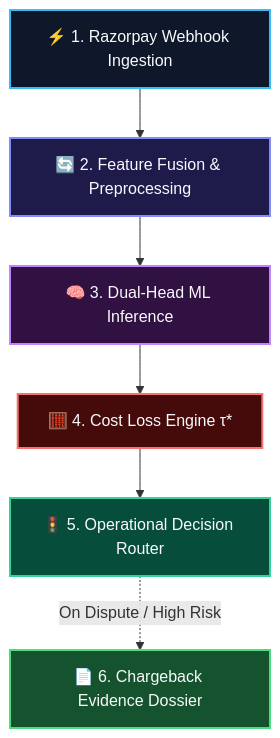
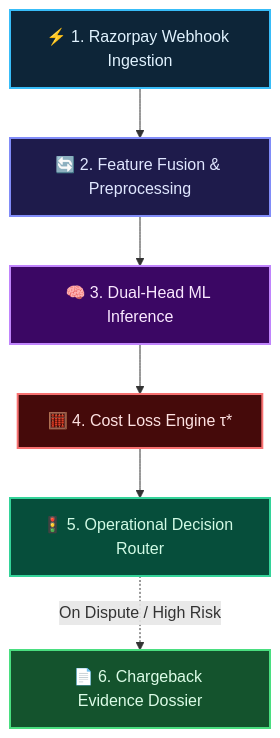
The first of 2 diagrams in README.md (chanakya-b/shieldpay-risk-engine), drawn with Mermaid before and after one commit. The commit also changed other lines of this file, not shown here.

````diff
--- a/README.md
+++ b/README.md
@@ -76,36 +76,22 @@
 ```mermaid
-graph TD
-    A["⚡ 1. Razorpay Webhook Ingestion"]
-    B["🔄 2. Feature Fusion & Preprocessing"]
-    C["🧠 3. Dual-Head ML Inference"]
-    D["🧮 4. Cost Loss Engine τ*"]
-    E["🚦 5. Operational Decision Router"]
-    F["📄 6. Chargeback Evidence Dossier"]
+flowchart TD
+    A["⚡ 1. Razorpay Webhook Ingestion"] --> B["🔄 2. Feature Fusion & Preprocessing"]
+    B --> C["🧠 3. Dual-Head ML Inference"]
+    C --> D["🧮 4. Cost Loss Engine τ*"]
+    D --> E["🚦 5. Operational Decision Router"]
+    E -.->|On Dispute / High Risk| F["📄 6. Chargeback Evidence Dossier"]
 
-    A --> B
-    B --> C
-    C --> D
-    D --> E
-    E -.->|On Dispute / High Risk| F
+    style A fill:#0d2538,stroke:#38bdf8,stroke-width:2px,color:#e0f2fe
+    style B fill:#1e1b4b,stroke:#818cf8,stroke-width:2px,color:#e0e7ff
+    style C fill:#3b0764,stroke:#c084fc,stroke-width:2px,color:#fae8ff
+    style D fill:#450a0a,stroke:#f87171,stroke-width:2px,color:#fee2e2
+    style E fill:#064e3b,stroke:#34d399,stroke-width:2px,color:#d1fae5
+    style F fill:#14532d,stroke:#4ade80,stroke-width:2px,color:#dcfce7
 
-    classDef ingestion fill:#0f172a,stroke:#38bdf8,stroke-width:2px,color:#f8fafc;
-    classDef processing fill:#1e1b4b,stroke:#818cf8,stroke-width:2px,color:#f8fafc;
-    classDef model fill:#311042,stroke:#c084fc,stroke-width:2px,color:#f8fafc;
-    classDef loss fill:#450a0a,stroke:#f87171,stroke-width:2px,color:#f8fafc;
-    classDef router fill:#064e3b,stroke:#34d399,stroke-width:2px,color:#f8fafc;
-    classDef dossier fill:#14532d,stroke:#4ade80,stroke-width:2px,color:#f8fafc;
-
-    class A ingestion;
-    class B processing;
-    class C model;
-    class D loss;
-    class E router;
-    class F dossier;
-
-    click A "#1-webhook-ingestion-layer" "Jump to Ingestion Layer Details"
-    click B "#2-feature-fusion--preprocessing" "Jump to Feature Engineering Details"
-    click C "#3-dual-head-ml-inference-engine" "Jump to Dual-Head Model Architecture"
-    click D "#4-cost-sensitive-loss-engine-τ" "Jump to Loss Optimization Mechanics"
-    click E "#5-operational-decision-router" "Jump to Decision Routing Matrix"
-    click F "#6-automated-chargeback-dossier-generator" "Jump to Dossier Generation Engine"
+    click A "#1-webhook-ingestion-layer" "Jump to Webhook Ingestion"
+    click B "#2-feature-fusion--preprocessing" "Jump to Feature Preprocessing"
+    click C "#3-dual-head-ml-inference-engine" "Jump to ML Inference Engine"
+    click D "#4-cost-sensitive-loss-engine-τ" "Jump to Cost-Sensitive Loss Engine"
+    click E "#5-operational-decision-router" "Jump to Operational Decision Router"
+    click F "#6-automated-chargeback-dossier-generator" "Jump to Chargeback Dossier Generator"
 ```
````
